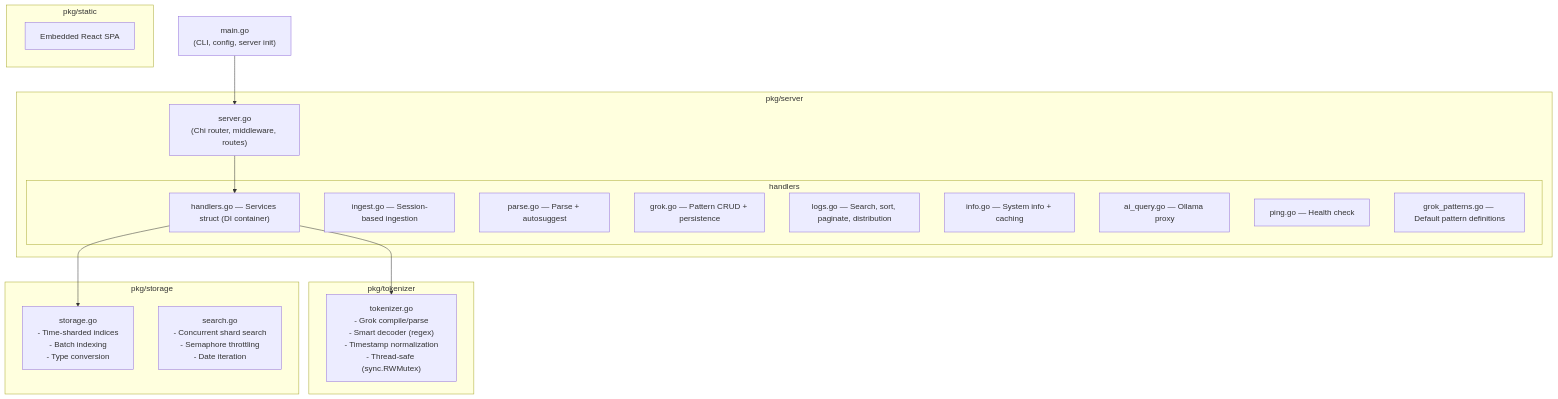
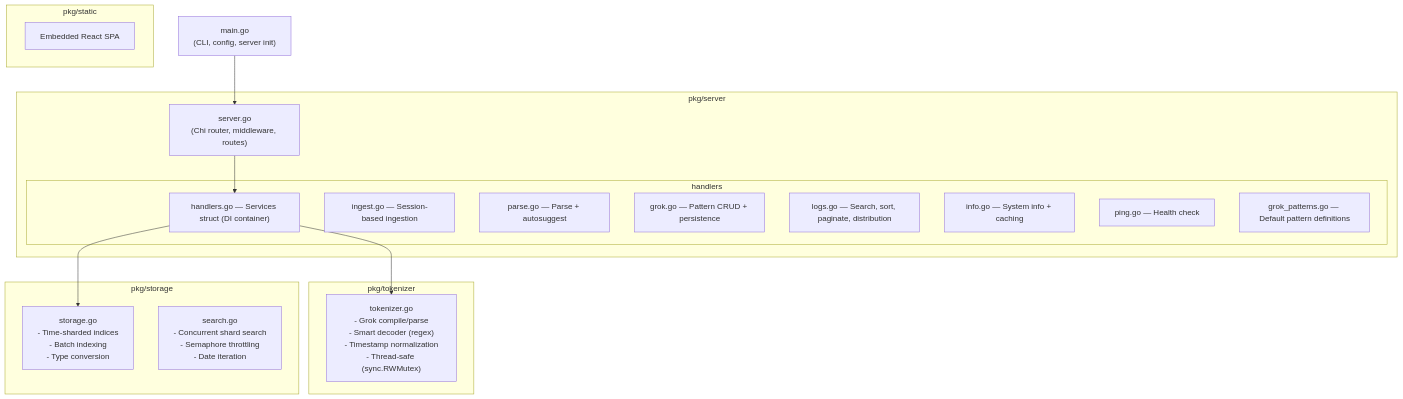
One commit to logsonic/logsonic changed the seventh of 8 diagrams in docs/System_Architecture.md. Above: the diagram before and after it, drawn with Mermaid. The commit also changed other lines of this file and 17 other files, not shown here.

````diff
--- a/docs/System_Architecture.md
+++ b/docs/System_Architecture.md
@@ -455,37 +399,36 @@
 ```mermaid
 graph TB
     Main["main.go<br/>(CLI, config, server init)"]
     
     subgraph "pkg/server"
         Server["server.go<br/>(Chi router, middleware, routes)"]
         subgraph "handlers"
             H_Handlers["handlers.go — Services struct (DI container)"]
             H_Ingest["ingest.go — Session-based ingestion"]
             H_Parse["parse.go — Parse + autosuggest"]
             H_Grok["grok.go — Pattern CRUD + persistence"]
             H_Logs["logs.go — Search, sort, paginate, distribution"]
             H_Info["info.go — System info + caching"]
-            H_AI["ai_query.go — Ollama proxy"]
             H_Ping["ping.go — Health check"]
             H_GrokPat["grok_patterns.go — Default pattern definitions"]
         end
     end
     
     subgraph "pkg/tokenizer"
         Tok["tokenizer.go<br/>- Grok compile/parse<br/>- Smart decoder (regex)<br/>- Timestamp normalization<br/>- Thread-safe (sync.RWMutex)"]
     end
     
     subgraph "pkg/storage"
         Store["storage.go<br/>- Time-sharded indices<br/>- Batch indexing<br/>- Type conversion"]
         Search_Go["search.go<br/>- Concurrent shard search<br/>- Semaphore throttling<br/>- Date iteration"]
     end
     
     subgraph "pkg/static"
         Embed["Embedded React SPA"]
     end
     
     Main --> Server
     Server --> H_Handlers
     H_Handlers --> Tok
     H_Handlers --> Store
 ```
````
